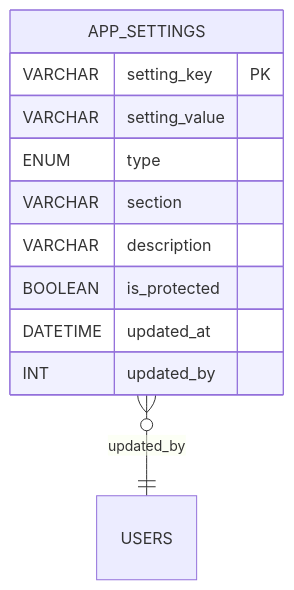
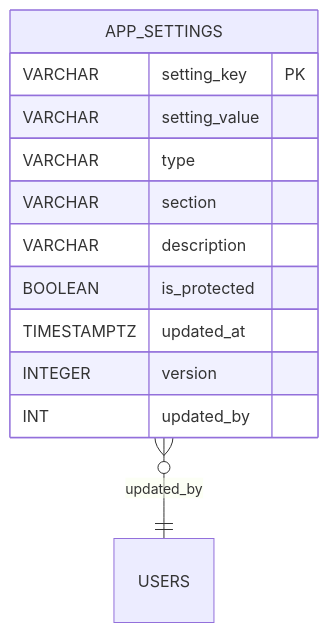
One commit to blackcatdatabase/table-app-settings changed the diagram in README.md. Above: the diagram before and after it, drawn with Mermaid. The commit also changed other lines of this file and 21 other files, not shown here.

Commit message:
regen schema (#1)

````diff
--- a/README.md
+++ b/README.md
@@ -54,14 +55,15 @@
 ```mermaid
 erDiagram
   APP_SETTINGS {
     VARCHAR setting_key PK
     VARCHAR setting_value
-    ENUM type
+    VARCHAR type
     VARCHAR section
     VARCHAR description
     BOOLEAN is_protected
-    DATETIME updated_at
+    TIMESTAMPTZ updated_at
+    INTEGER version
     INT updated_by
   }
   APP_SETTINGS }o--|| USERS : "updated_by"
 ```
````
